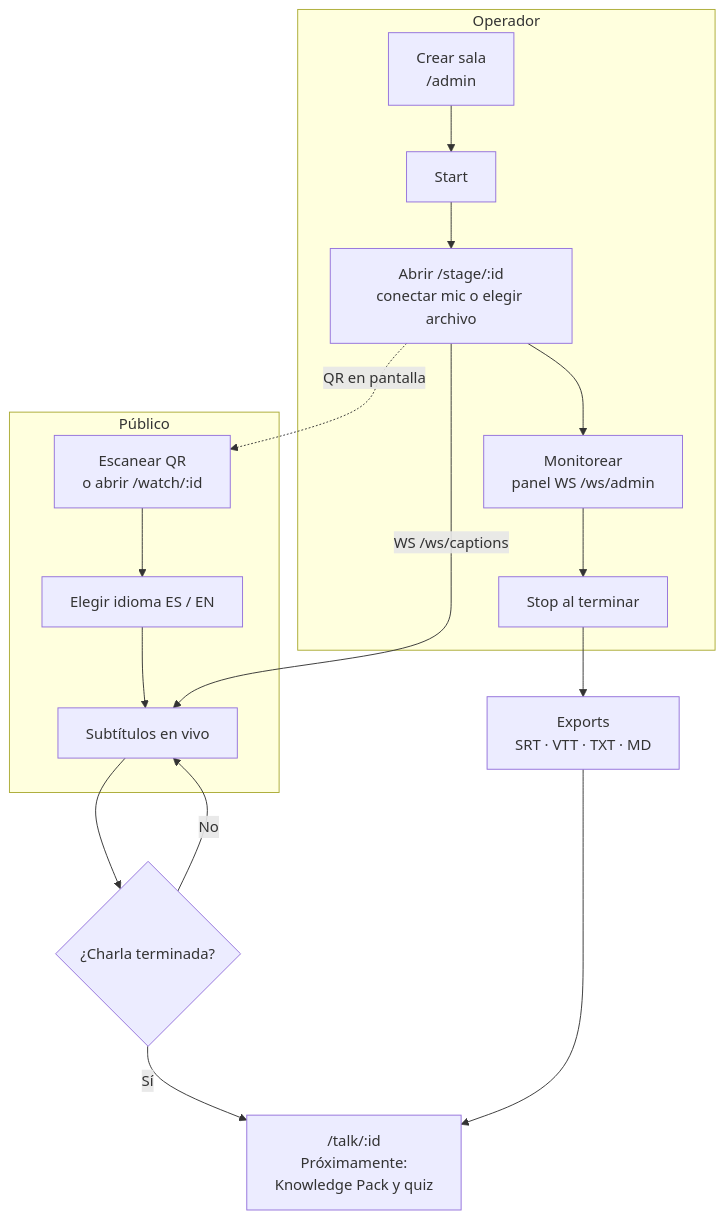
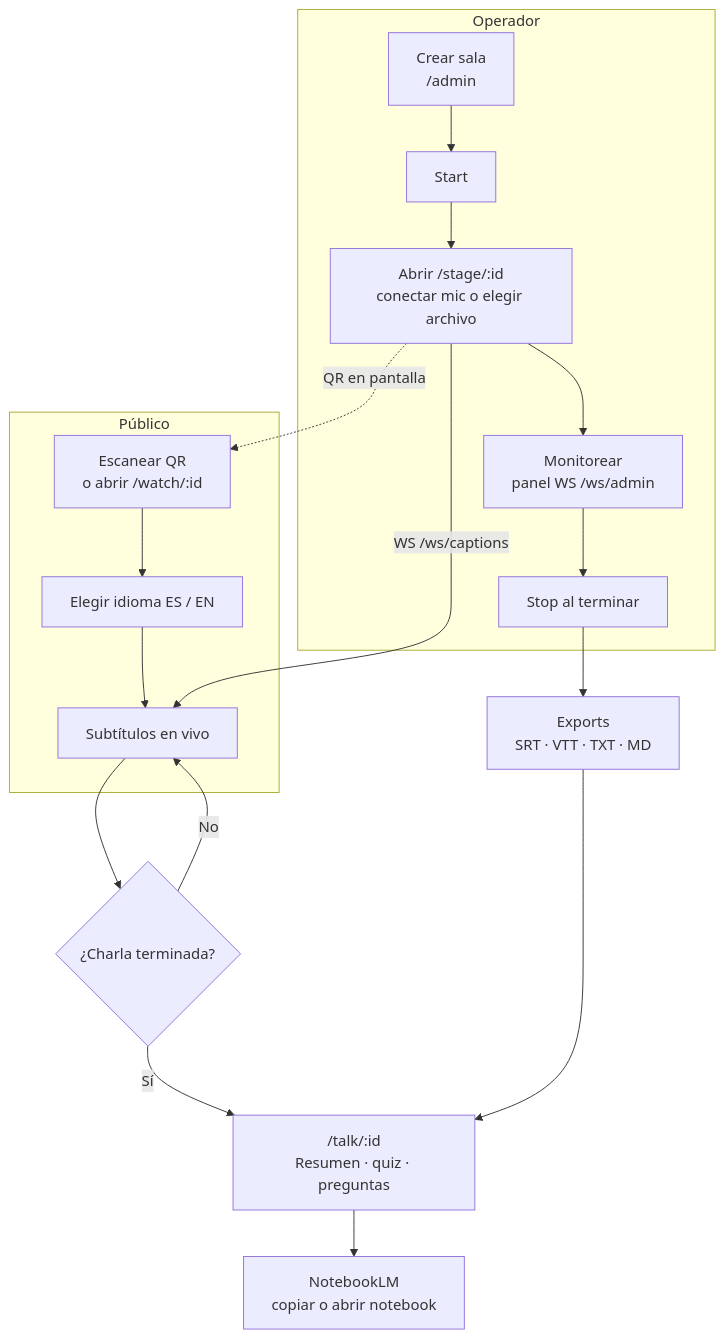
One commit to valentinnavalos/nerdearla-hackathon-2026 changed the third of 3 diagrams in README.md. Above: the diagram before and after it, drawn with Mermaid. The commit also changed other lines of this file and 40 other files, not shown here.

````diff
--- a/README.md
+++ b/README.md
@@ -141,22 +141,23 @@
 ```mermaid
 flowchart TD
   subgraph OPERADOR["Operador"]
     A1["Crear sala<br/>/admin"] --> A2["Start"]
     A2 --> A3["Abrir /stage/:id<br/>conectar mic o elegir archivo"]
     A3 --> A4["Monitorear<br/>panel WS /ws/admin"]
     A4 --> A5["Stop al terminar"]
   end
 
   subgraph PUBLICO["Público"]
     B1["Escanear QR<br/>o abrir /watch/:id"] --> B2["Elegir idioma ES / EN"]
     B2 --> B3["Subtítulos en vivo"]
   end
 
   A3 -.->|"QR en pantalla"| B1
   A3 -->|"WS /ws/captions"| B3
   A5 --> C1["Exports<br/>SRT · VTT · TXT · MD"]
   B3 --> C2{"¿Charla terminada?"}
   C2 -->|No| B3
-  C2 -->|Sí| C3["/talk/:id<br/>Próximamente:<br/>Knowledge Pack y quiz"]
+  C2 -->|Sí| C3["/talk/:id<br/>Resumen · quiz · preguntas"]
   C1 --> C3
+  C3 --> C4["NotebookLM<br/>copiar o abrir notebook"]
 ```
````
